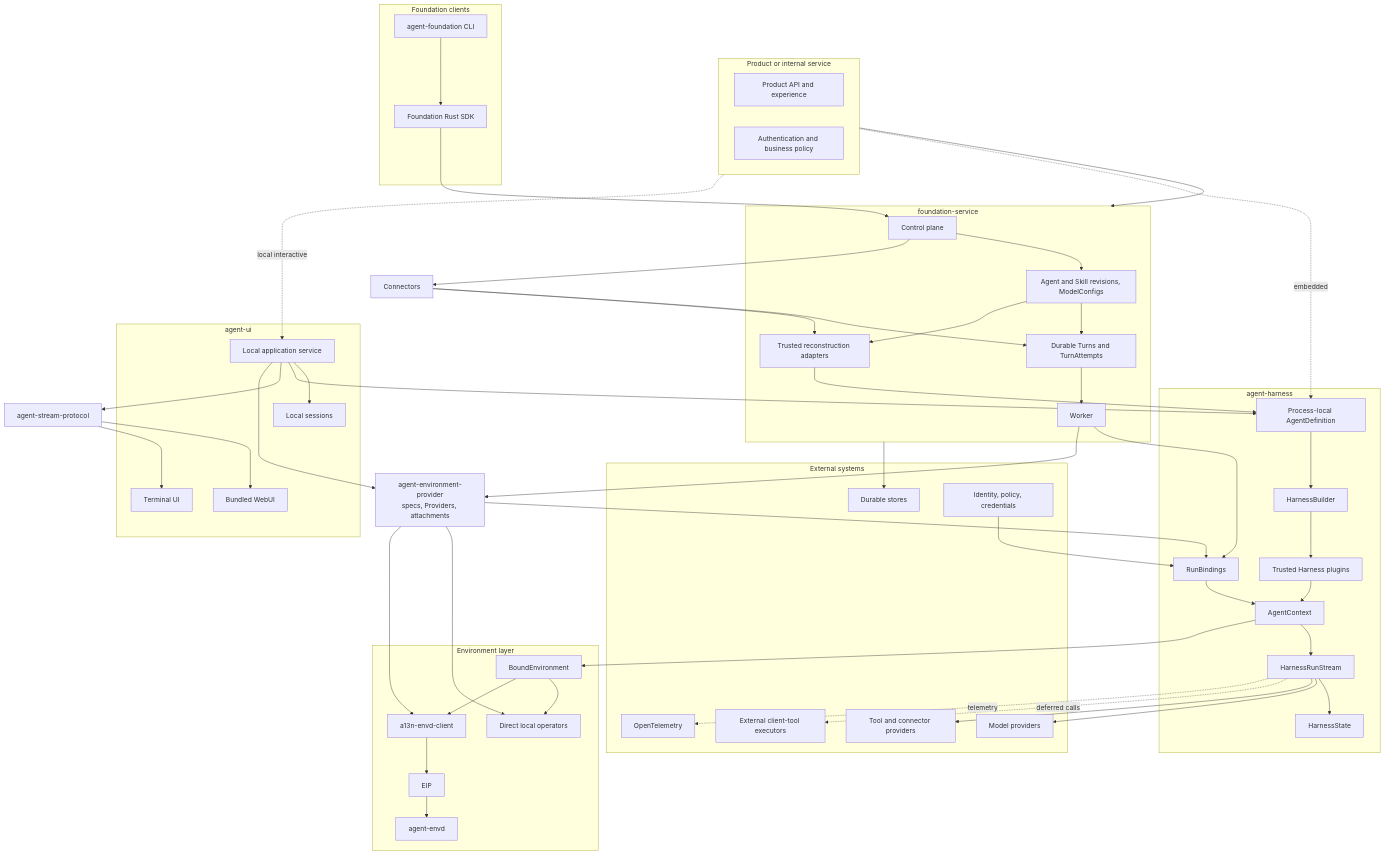
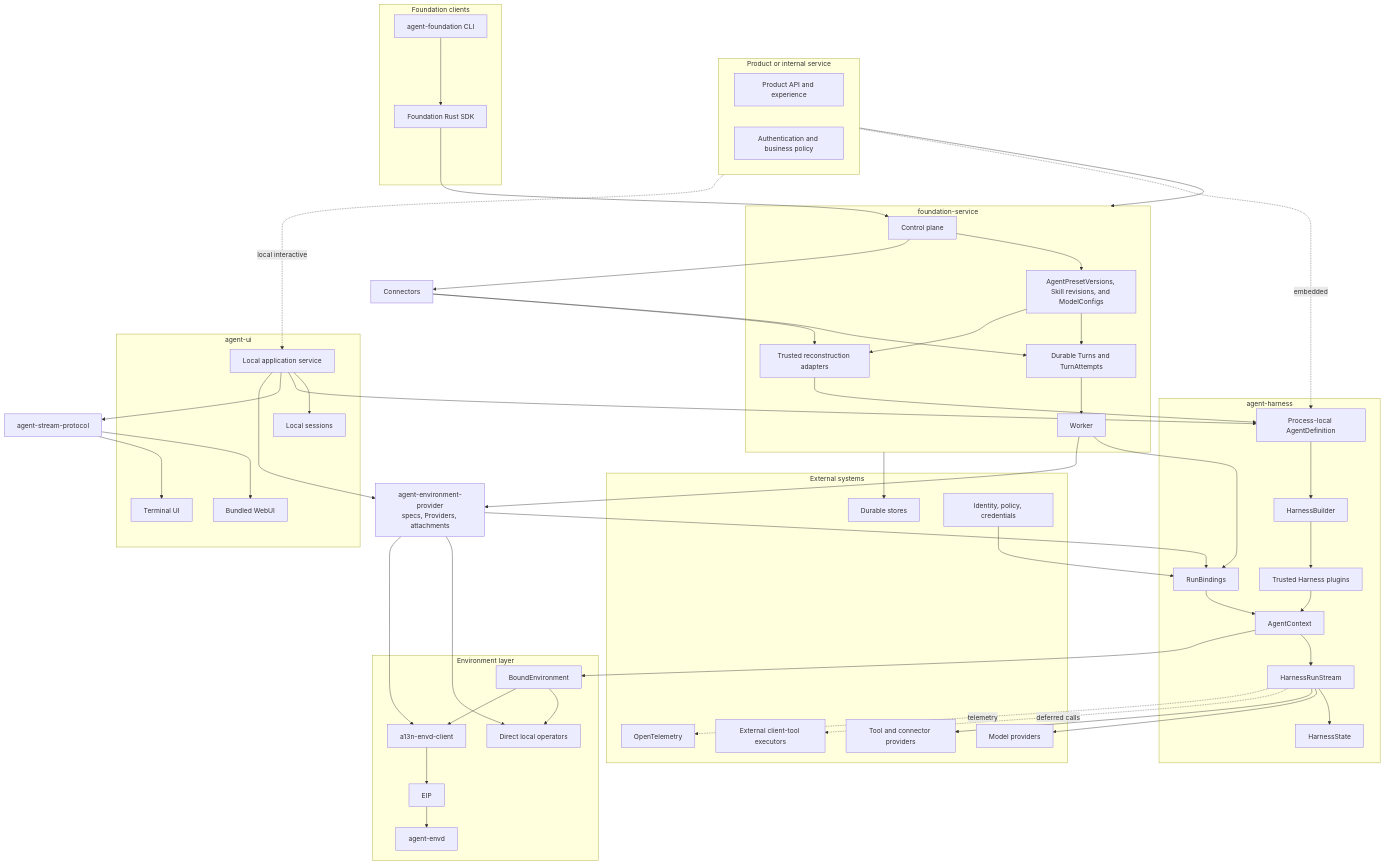
One commit to converge-ai-labs/agent-foundation changed the first of 4 diagrams in spec/README.md. Above: the diagram before and after it, drawn with Mermaid. The commit also changed other lines of this file and 23 other files, not shown here.

````diff
--- a/spec/README.md
+++ b/spec/README.md
@@ -23,82 +23,82 @@
 ```mermaid
 flowchart TB
     subgraph Product[Product or internal service]
         API[Product API and experience]
         Policy[Authentication and business policy]
     end
 
     subgraph Service[foundation-service]
         Control[Control plane]
-        Definitions[Agent and Skill revisions, ModelConfigs]
+        Definitions[AgentPresetVersions, Skill revisions, and ModelConfigs]
         Lifecycle[Durable Turns and TurnAttempts]
         Worker[Worker]
         Reconstruct[Trusted reconstruction adapters]
     end
 
     subgraph LocalUI[agent-ui]
         AppService[Local application service]
         Sessions[Local sessions]
         WebUI[Bundled WebUI]
         TUI[Terminal UI]
     end
 
     subgraph FoundationClients[Foundation clients]
         FoundationCLI[agent-foundation CLI]
         RustSDK[Foundation Rust SDK]
     end
 
     subgraph Harness[agent-harness]
         Definition[Process-local AgentDefinition]
         Builder[HarnessBuilder]
         Plugins[Trusted Harness plugins]
         Bindings[RunBindings]
         Context[AgentContext]
         Run[HarnessRunStream]
         State[HarnessState]
     end
 
     StreamProtocol[agent-stream-protocol]
     ProviderPackage[agent-environment-provider<br/>specs, Providers, attachments]
 
     subgraph Environment[Environment layer]
         Bound[BoundEnvironment]
         Local[Direct local operators]
         EIPClient[a13n-envd-client]
         EIP[EIP]
         Envd[agent-envd]
     end
 
     subgraph External[External systems]
         Models[Model providers]
         Tools[Tool and connector providers]
         Stores[Durable stores]
         Identity[Identity, policy, credentials]
         Clients[External client-tool executors]
         OTel[OpenTelemetry]
     end
 
     Product --> Service
     FoundationCLI --> RustSDK --> Control
     Product -. embedded .-> Definition
     Product -. local interactive .-> AppService
     AppService --> Sessions
     AppService --> Definition
     AppService --> StreamProtocol --> WebUI & TUI
     Control --> Definitions & Connectors
     Definitions & Connectors --> Lifecycle --> Worker
     Definitions & Connectors --> Reconstruct --> Definition
     Definition --> Builder --> Plugins
     Worker --> Bindings
     Identity --> Bindings
     Plugins & Bindings --> Context --> Run --> State
     Run --> Models & Tools
     Run -. deferred calls .-> Clients
     Worker & AppService --> ProviderPackage
     ProviderPackage --> Local & EIPClient
     ProviderPackage --> Bindings
     Context --> Bound
     Bound --> Local
     Bound --> EIPClient --> EIP --> Envd
     Service --> Stores
     Run -. telemetry .-> OTel
 ```
````
